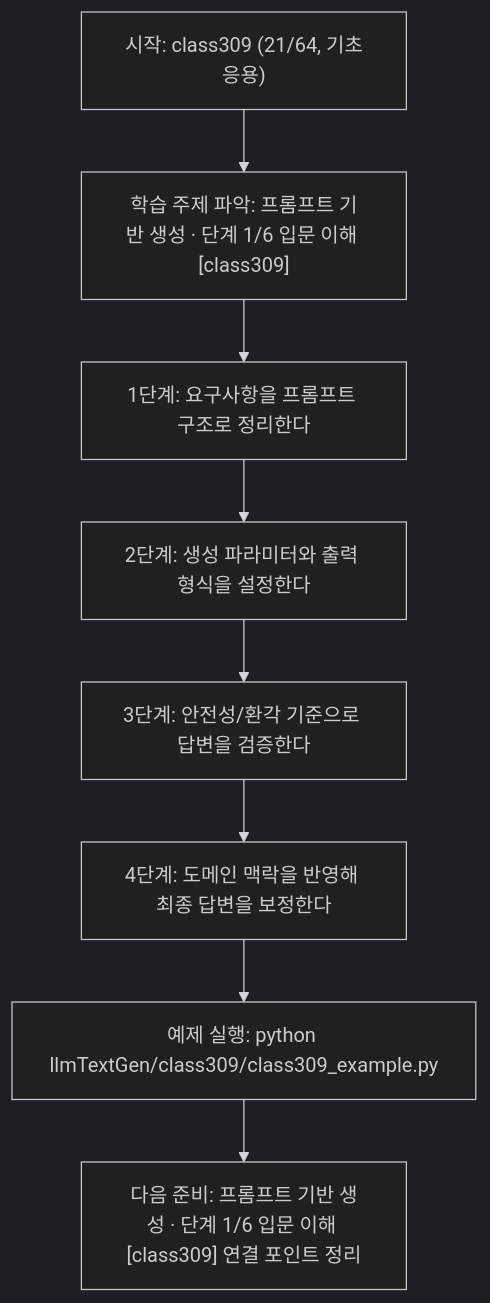
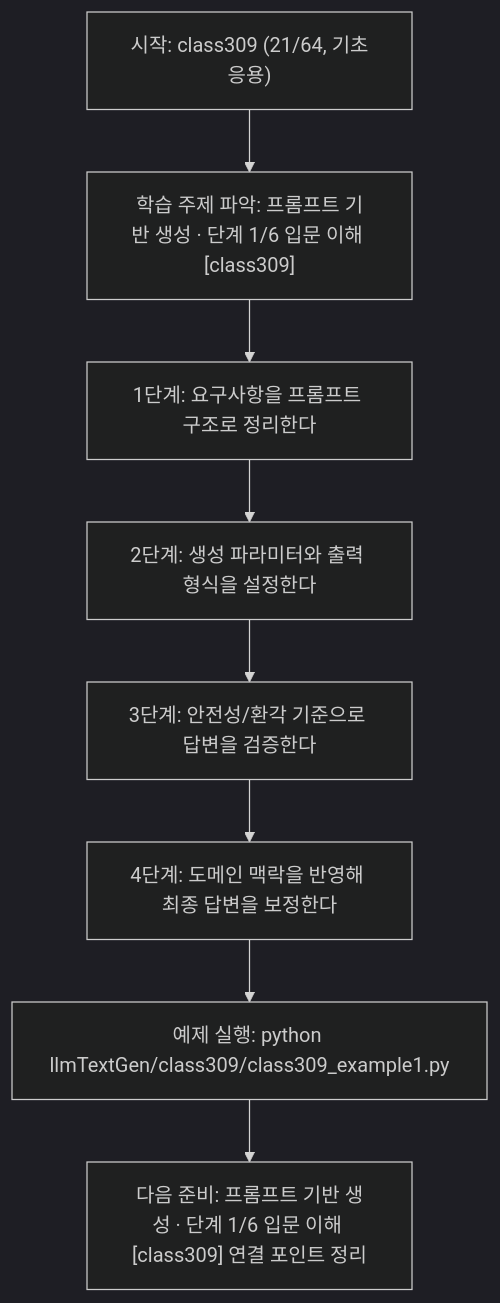
The diagram in llmTextGen/class309/class309.md (edumgt/Python-AI_Agent-Class), drawn with Mermaid (dark theme) before and after one commit. The commit also changed other lines of this file and 2959 other files, not shown here.

````diff
--- a/llmTextGen/class309/class309.md
+++ b/llmTextGen/class309/class309.md
@@ -114,18 +114,18 @@
 ```mermaid
 flowchart TD
 N1["시작: class309 (21/64, 기초응용)"]
 N2["학습 주제 파악: 프롬프트 기반 생성 · 단계 1/6 입문 이해 [class309]"]
 N3["1단계: 요구사항을 프롬프트 구조로 정리한다"]
 N4["2단계: 생성 파라미터와 출력 형식을 설정한다"]
 N5["3단계: 안전성/환각 기준으로 답변을 검증한다"]
 N6["4단계: 도메인 맥락을 반영해 최종 답변을 보정한다"]
-N7["예제 실행: python llmTextGen/class309/class309_example.py"]
+N7["예제 실행: python llmTextGen/class309/class309_example1.py"]
 N8["다음 준비: 프롬프트 기반 생성 · 단계 1/6 입문 이해 [class309] 연결 포인트 정리"]
 N1 --> N2
 N2 --> N3
 N3 --> N4
 N4 --> N5
 N5 --> N6
 N6 --> N7
 N7 --> N8
 ```
````
